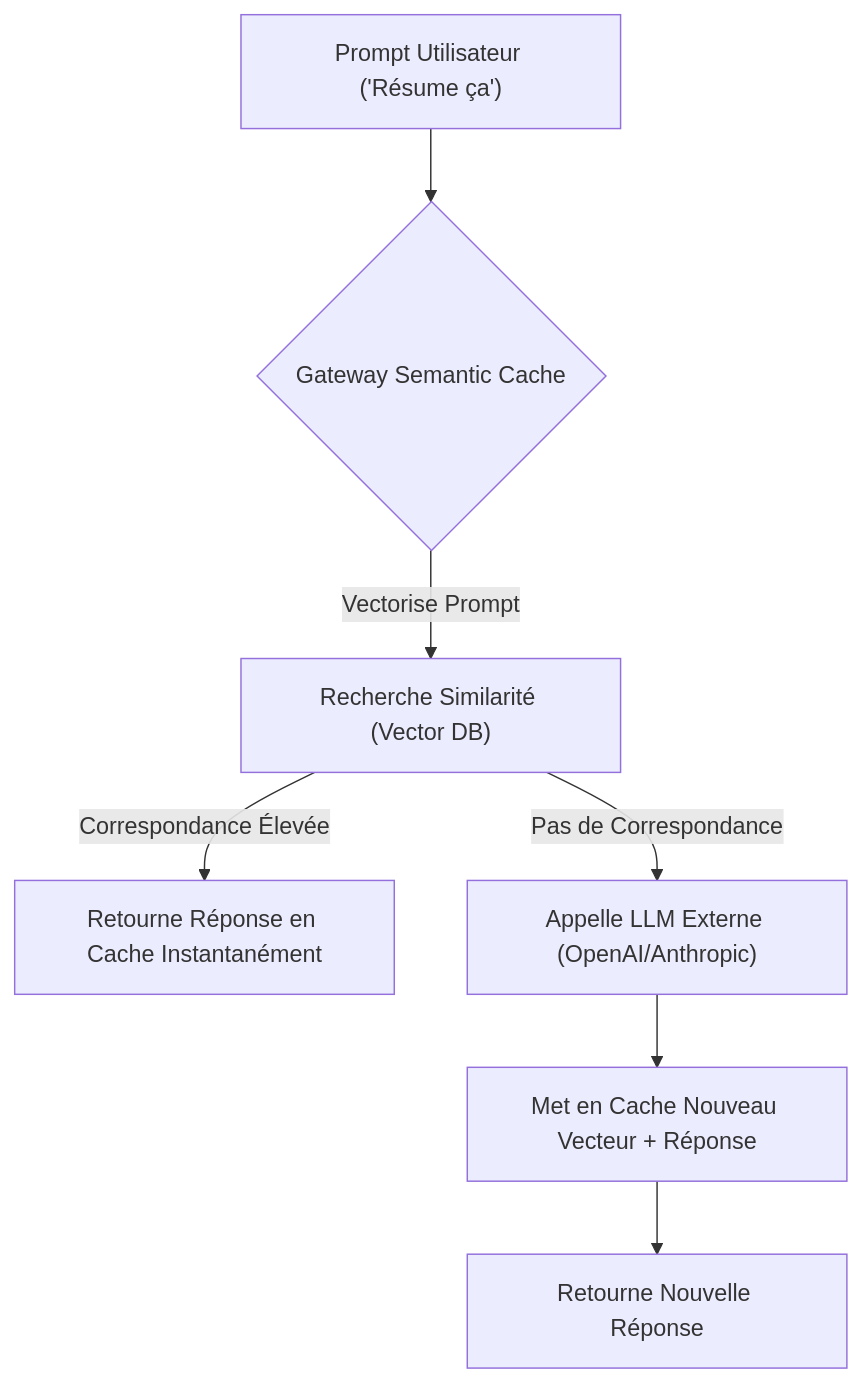
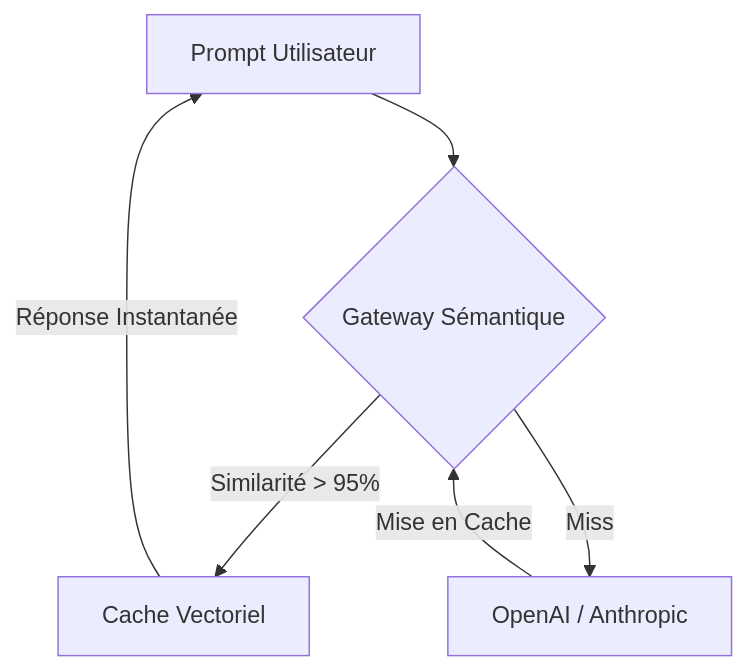
Before and after one commit to flouzzy/top-100-ai-startup-ideas: the first of 2 diagrams in ideas/semantic-cache-gateway/README.fr.md, drawn with Mermaid. The commit also changed other lines of this file and 41 other files, not shown here.

````diff
--- a/ideas/semantic-cache-gateway/README.fr.md
+++ b/ideas/semantic-cache-gateway/README.fr.md
@@ -17,9 +17,9 @@
 ```mermaid
 graph TD
-    A["Prompt Utilisateur ('Résume ça')"] --> B{"Gateway Semantic Cache"}
-    B -->|Vectorise Prompt| C["Recherche Similarité (Vector DB)"]
-    C -->|Correspondance Élevée| D["Retourne Réponse en Cache Instantanément"]
-    C -->|Pas de Correspondance| E["Appelle LLM Externe (OpenAI/Anthropic)"]
-    E --> F["Met en Cache Nouveau Vecteur + Réponse"]
-    F --> G["Retourne Nouvelle Réponse"]
+    %% Architecture
+    A["Prompt Utilisateur"] --> B{"Gateway Sémantique"}
+    B -->|Similarité > 95%| C["Cache Vectoriel"]
+    C -->|Réponse Instantanée| A
+    B -->|Miss| D["OpenAI / Anthropic"]
+    D -->|Mise en Cache| B
 ```
````
